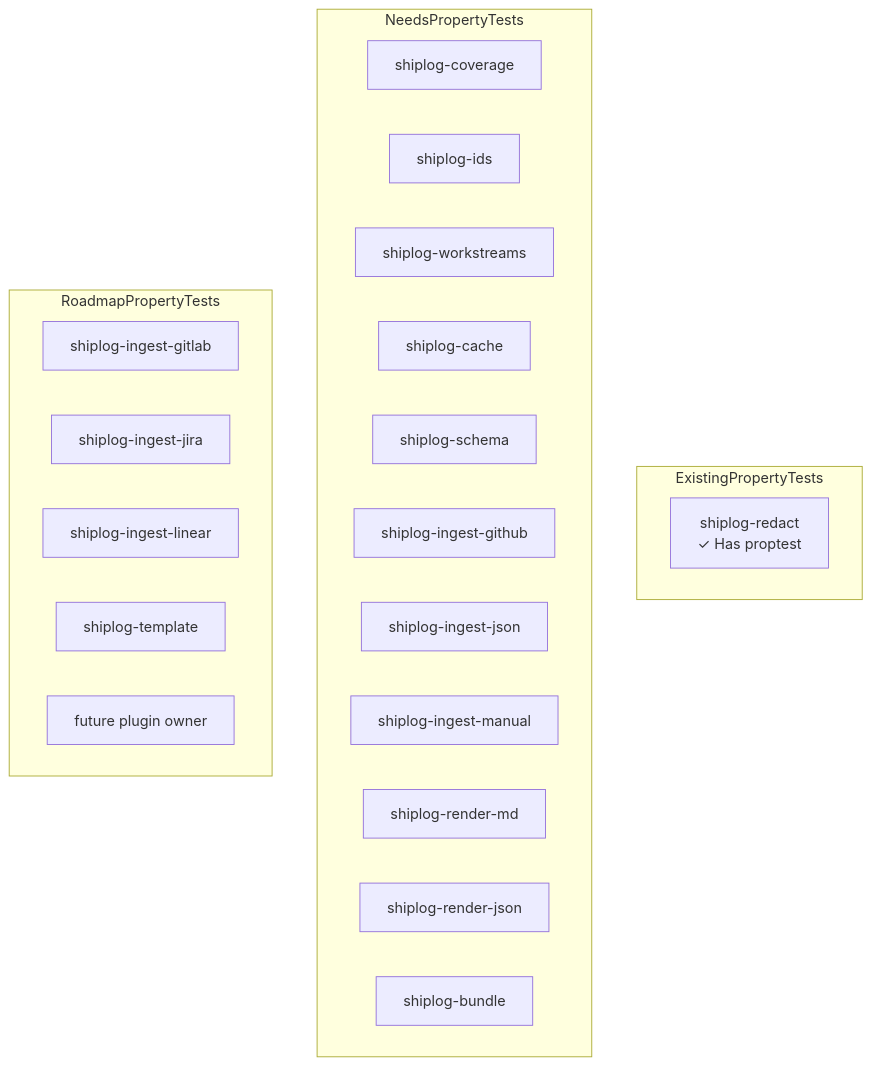
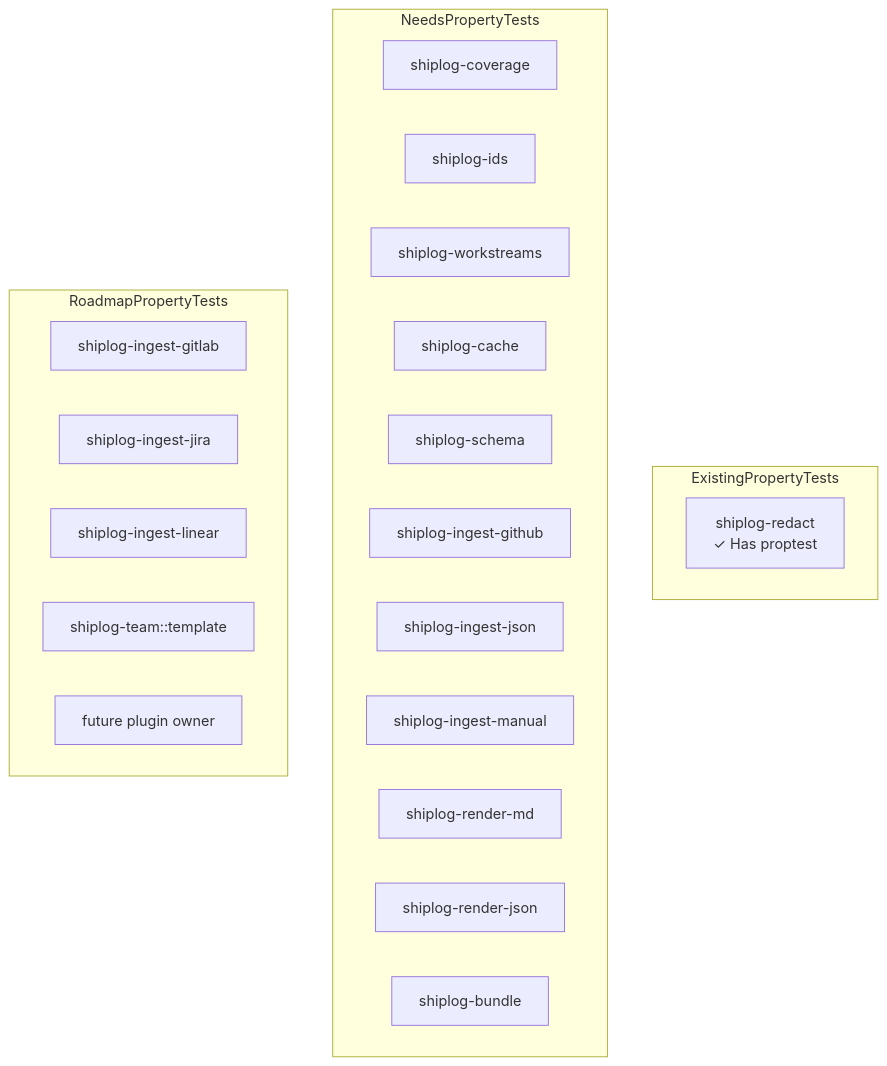
The fifth of 13 diagrams in plans/property-testing-strategy.md (EffortlessMetrics/shiplog), drawn with Mermaid before and after one commit. The commit also changed other lines of this file and 32 other files, not shown here.

````diff
--- a/plans/property-testing-strategy.md
+++ b/plans/property-testing-strategy.md
@@ -1222,28 +1222,28 @@
 ```mermaid
 graph TB
     subgraph ExistingPropertyTests
         SR[shiplog-redact<br/>✓ Has proptest]
     end
 
     subgraph NeedsPropertyTests
         SC[shiplog-coverage]
         SI[shiplog-ids]
         SW[shiplog-workstreams]
         SCache[shiplog-cache]
         SS[shiplog-schema]
         GH[shiplog-ingest-github]
         JSON[shiplog-ingest-json]
         MAN[shiplog-ingest-manual]
         RMD[shiplog-render-md]
         RJSON[shiplog-render-json]
         SB[shiplog-bundle]
     end
 
     subgraph RoadmapPropertyTests
         GL[shiplog-ingest-gitlab]
         JIRA[shiplog-ingest-jira]
         LIN[shiplog-ingest-linear]
-        TPL[shiplog-template]
+        TPL[shiplog-team::template]
         PLG[future plugin owner]
     end
 ```
````
